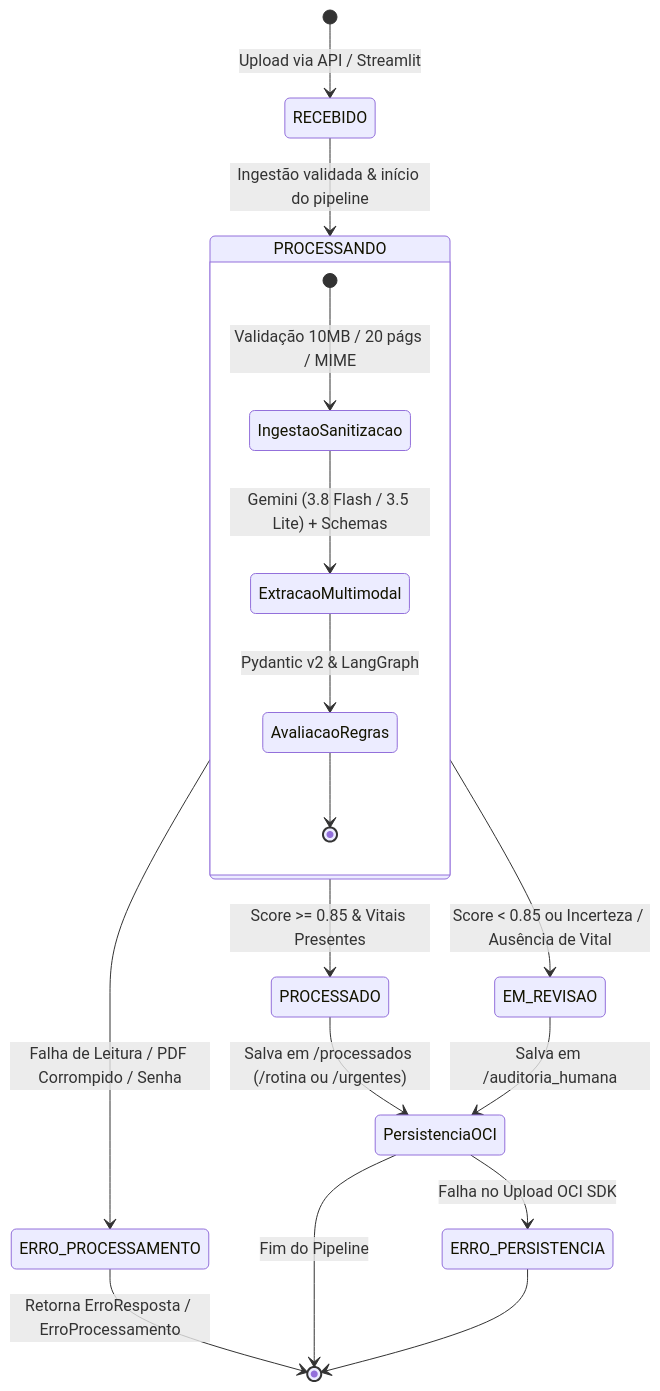
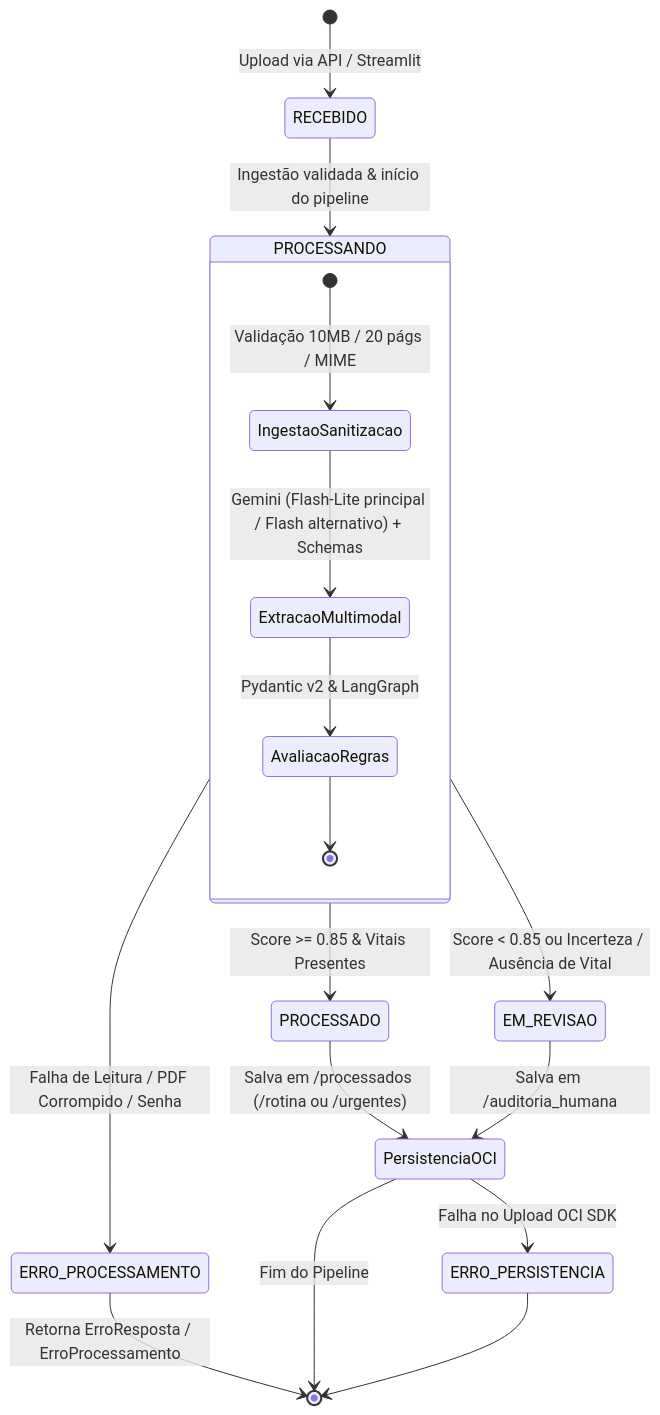
Before and after one commit to No-Country-simulation/g10-brasil-equipe-15_mediflow: the second of 3 diagrams in ARQUITETURA.md, drawn with Mermaid. The commit also changed other lines of this file and 1 other file, not shown here.

````diff
--- a/ARQUITETURA.md
+++ b/ARQUITETURA.md
@@ -181,24 +183,24 @@
 ```mermaid
 stateDiagram-v2
     [*] --> RECEBIDO: Upload via API / Streamlit
     RECEBIDO --> PROCESSANDO: Ingestão validada & início do pipeline
     
     state PROCESSANDO {
         [*] --> IngestaoSanitizacao: Validação 10MB / 20 págs / MIME
-        IngestaoSanitizacao --> ExtracaoMultimodal: Gemini (3.8 Flash / 3.5 Lite) + Schemas
+        IngestaoSanitizacao --> ExtracaoMultimodal: Gemini (Flash-Lite principal / Flash alternativo) + Schemas
         ExtracaoMultimodal --> AvaliacaoRegras: Pydantic v2 & LangGraph
         AvaliacaoRegras --> [*]
     }
 
     PROCESSANDO --> PROCESSADO: Score >= 0.85 & Vitais Presentes
     PROCESSANDO --> EM_REVISAO: Score < 0.85 ou Incerteza / Ausência de Vital
     PROCESSANDO --> ERRO_PROCESSAMENTO: Falha de Leitura / PDF Corrompido / Senha
     
     PROCESSADO --> PersistenciaOCI: Salva em /processados (/rotina ou /urgentes)
     EM_REVISAO --> PersistenciaOCI: Salva em /auditoria_humana
     ERRO_PROCESSAMENTO --> [*]: Retorna ErroResposta / ErroProcessamento
 
     PersistenciaOCI --> [*]: Fim do Pipeline
     PersistenciaOCI --> ERRO_PERSISTENCIA: Falha no Upload OCI SDK
     ERRO_PERSISTENCIA --> [*]
 ```
````
